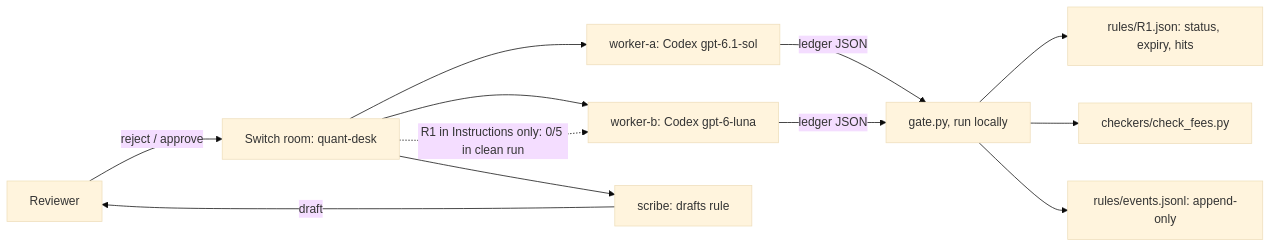
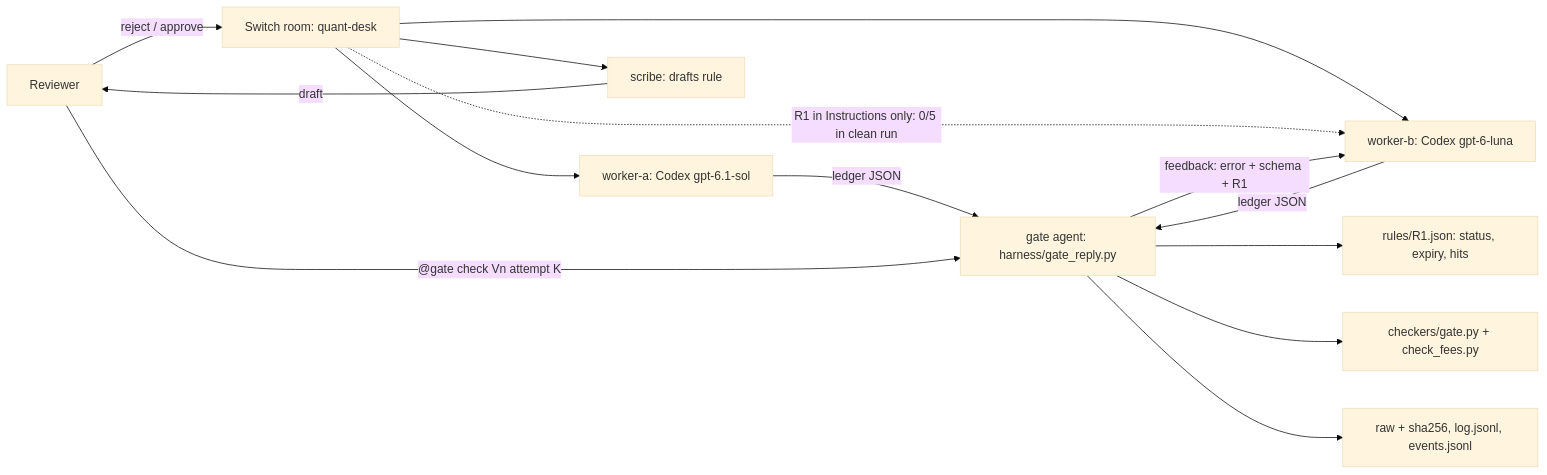
One commit to sohamsssssssssssssssss/second-strike changed the diagram in README.md. Above: the diagram before and after it, drawn with Mermaid (base theme). The commit also changed other lines of this file and 16 other files, not shown here.

````diff
--- a/README.md
+++ b/README.md
@@ -25,14 +29,16 @@
 ```mermaid
 flowchart LR
   Rev[Reviewer] -->|reject / approve| Room[Switch room: quant-desk]
   Room --> WA[worker-a: Codex gpt-6.1-sol]
   Room --> WB[worker-b: Codex gpt-6-luna]
   Room --> Scribe[scribe: drafts rule]
   Scribe -->|draft| Rev
   Room -.->|R1 in Instructions only: 0/5 in clean run| WB
-  WA -->|ledger JSON| Gate[gate.py, run locally]
+  WA -->|ledger JSON| Gate[gate agent: harness/gate_reply.py]
   WB -->|ledger JSON| Gate
+  Rev -->|"@gate check Vn attempt K"| Gate
+  Gate -->|feedback: error + schema + R1| WB
   Gate --> Rule[rules/R1.json: status, expiry, hits]
-  Gate --> Check[checkers/check_fees.py]
-  Gate --> Log[rules/events.jsonl: append-only]
+  Gate --> Check[checkers/gate.py + check_fees.py]
+  Gate --> Log[raw + sha256, log.jsonl, events.jsonl]
 ```
````
